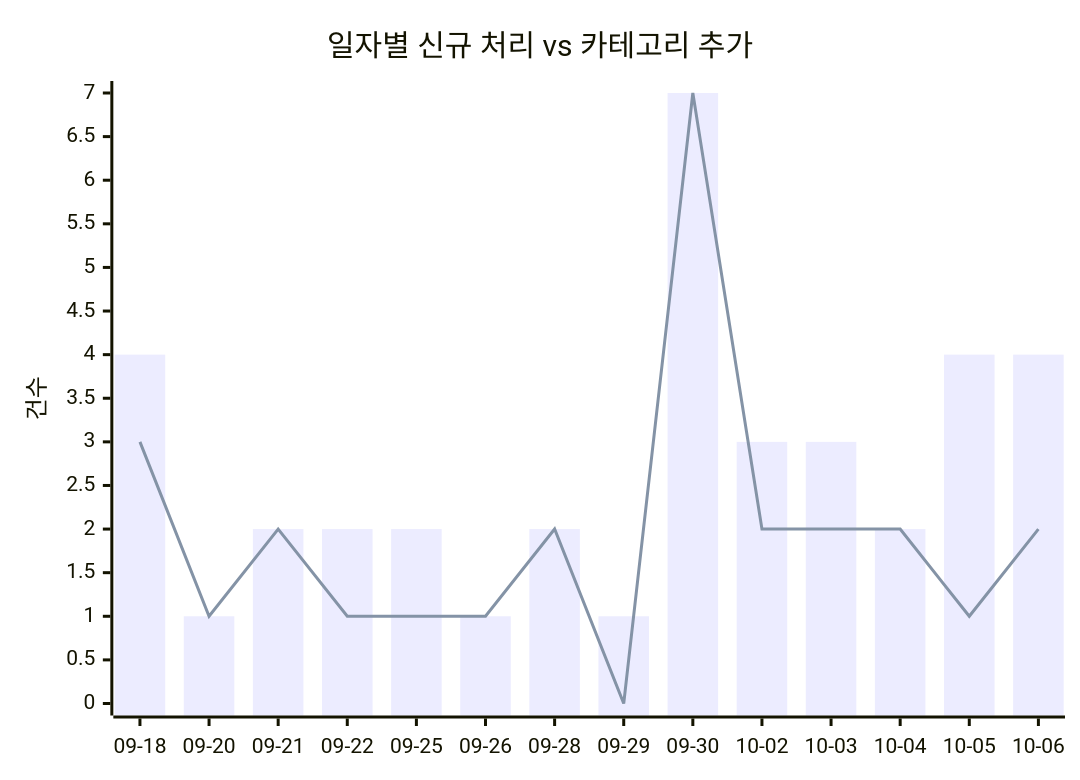
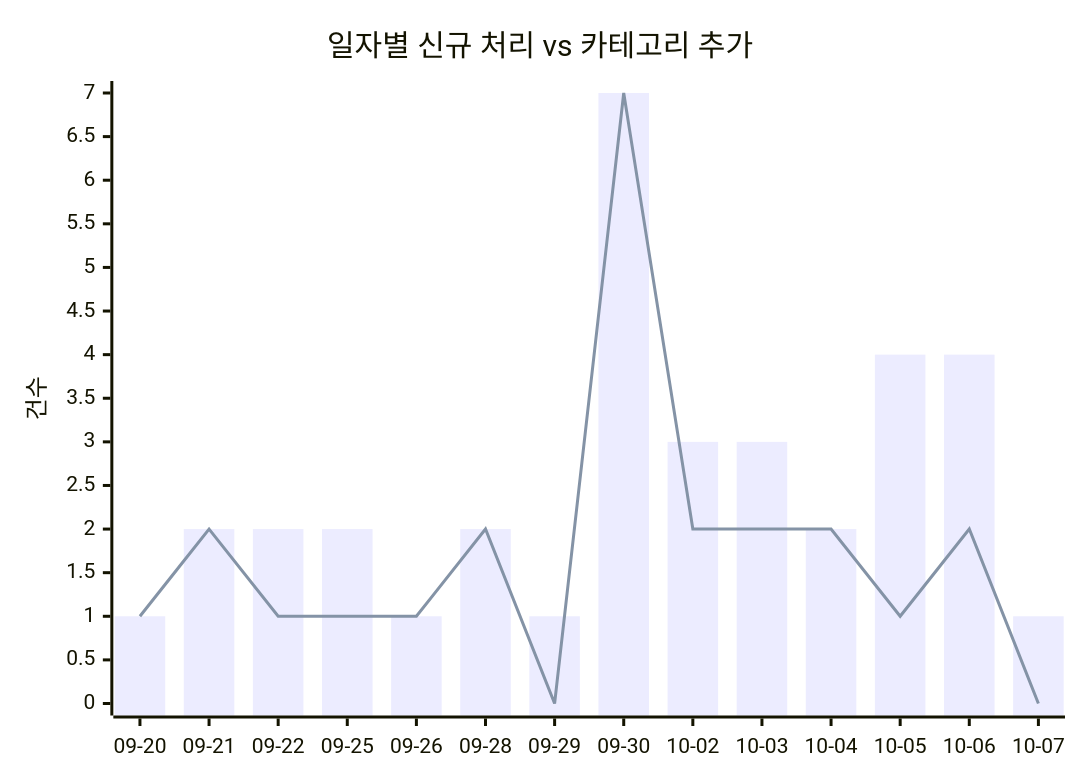
One commit to J-nowcow/awesome-korean-agent-skills changed the first of 2 diagrams in docs/trends.md. Above: the diagram before and after it, drawn with Mermaid. The commit also changed other lines of this file and 2 other files, not shown here.

````diff
--- a/docs/trends.md
+++ b/docs/trends.md
@@ -32,8 +32,8 @@
 ```mermaid
 xychart-beta
     title "일자별 신규 처리 vs 카테고리 추가"
-    x-axis ["09-18","09-20","09-21","09-22","09-25","09-26","09-28","09-29","09-30","10-02","10-03","10-04","10-05","10-06"]
+    x-axis ["09-20","09-21","09-22","09-25","09-26","09-28","09-29","09-30","10-02","10-03","10-04","10-05","10-06","10-07"]
     y-axis "건수"
-    bar [4,1,2,2,2,1,2,1,7,3,3,2,4,4]
-    line [3,1,2,1,1,1,2,0,7,2,2,2,1,2]
+    bar [1,2,2,2,1,2,1,7,3,3,2,4,4,1]
+    line [1,2,1,1,1,2,0,7,2,2,2,1,2,0]
 ```
````
